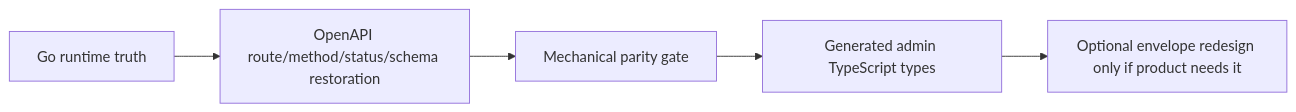
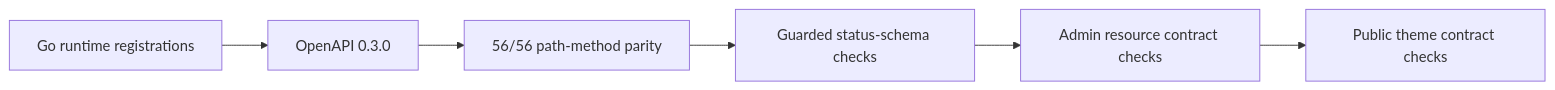
Before and after one commit to seeer-dev/agent-safe-site-starter: the second of 3 diagrams in docs/project-status.md, drawn with Mermaid. The commit also changed other lines of this file and 2 other files, not shown here.

First line of the commit message:
docs: sync status after HTTP contract restoration

````diff
--- a/docs/project-status.md
+++ b/docs/project-status.md
@@ -103,7 +103,8 @@
 ```mermaid
 flowchart LR
-    A[Go runtime truth] --> B[OpenAPI route/method/status/schema restoration]
-    B --> C[Mechanical parity gate]
-    C --> D[Generated admin TypeScript types]
-    D --> E[Optional envelope redesign only if product needs it]
+    A[Go runtime registrations] --> B[OpenAPI 0.3.0]
+    B --> C[56/56 path-method parity]
+    C --> D[Guarded status-schema checks]
+    D --> E[Admin resource contract checks]
+    E --> F[Public theme contract checks]
 ```
````
